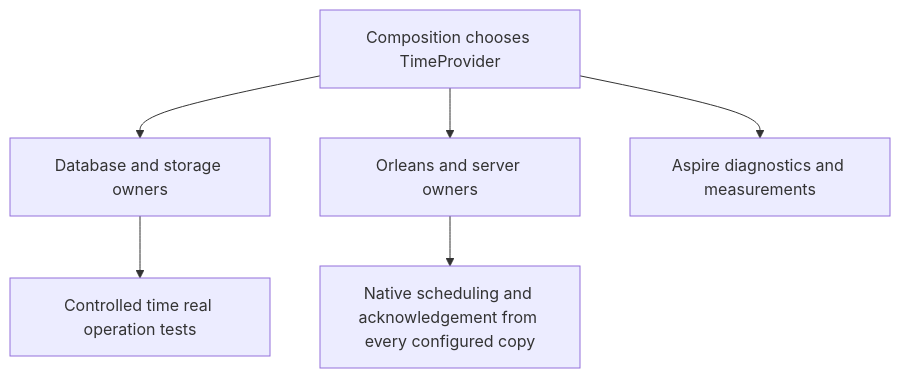
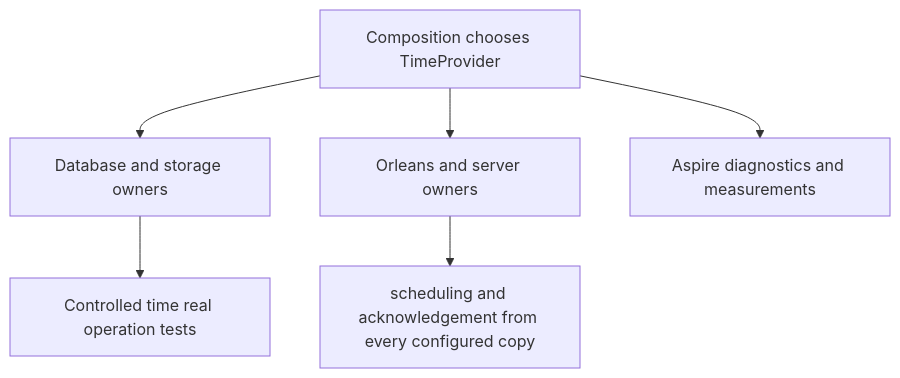
One commit to managedcode/KeyLoad changed the diagram in docs/ADR/ADR-115-time-provider.md. Above: the diagram before and after it, drawn with Mermaid. The commit also changed other lines of this file and 9016 other files, not shown here.

````diff
--- a/docs/ADR/ADR-115-time-provider.md
+++ b/docs/ADR/ADR-115-time-provider.md
@@ -20,8 +20,8 @@
 ```mermaid
 flowchart TD
     Root[Composition chooses TimeProvider] --> Engine[Database and storage owners]
     Root --> Runtime[Orleans and server owners]
     Root --> Tools[Aspire diagnostics and measurements]
     Engine --> Tests[Controlled time real operation tests]
-    Runtime --> Cluster[Native scheduling and acknowledgement from every configured copy]
+    Runtime --> Cluster[scheduling and acknowledgement from every configured copy]
 ```
````
